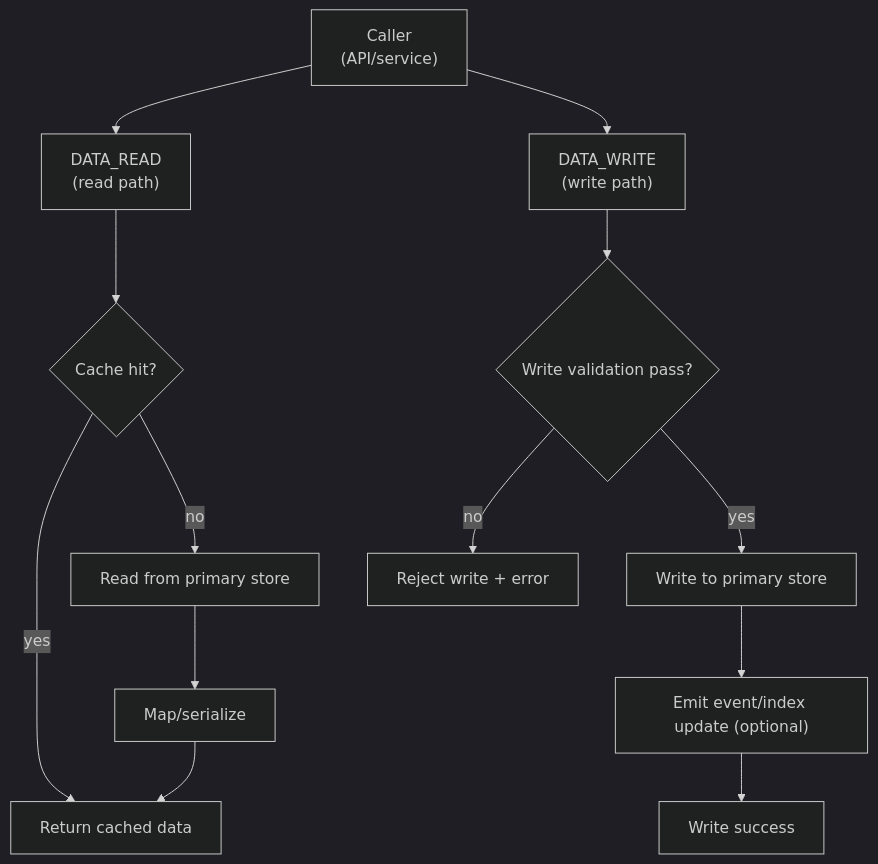
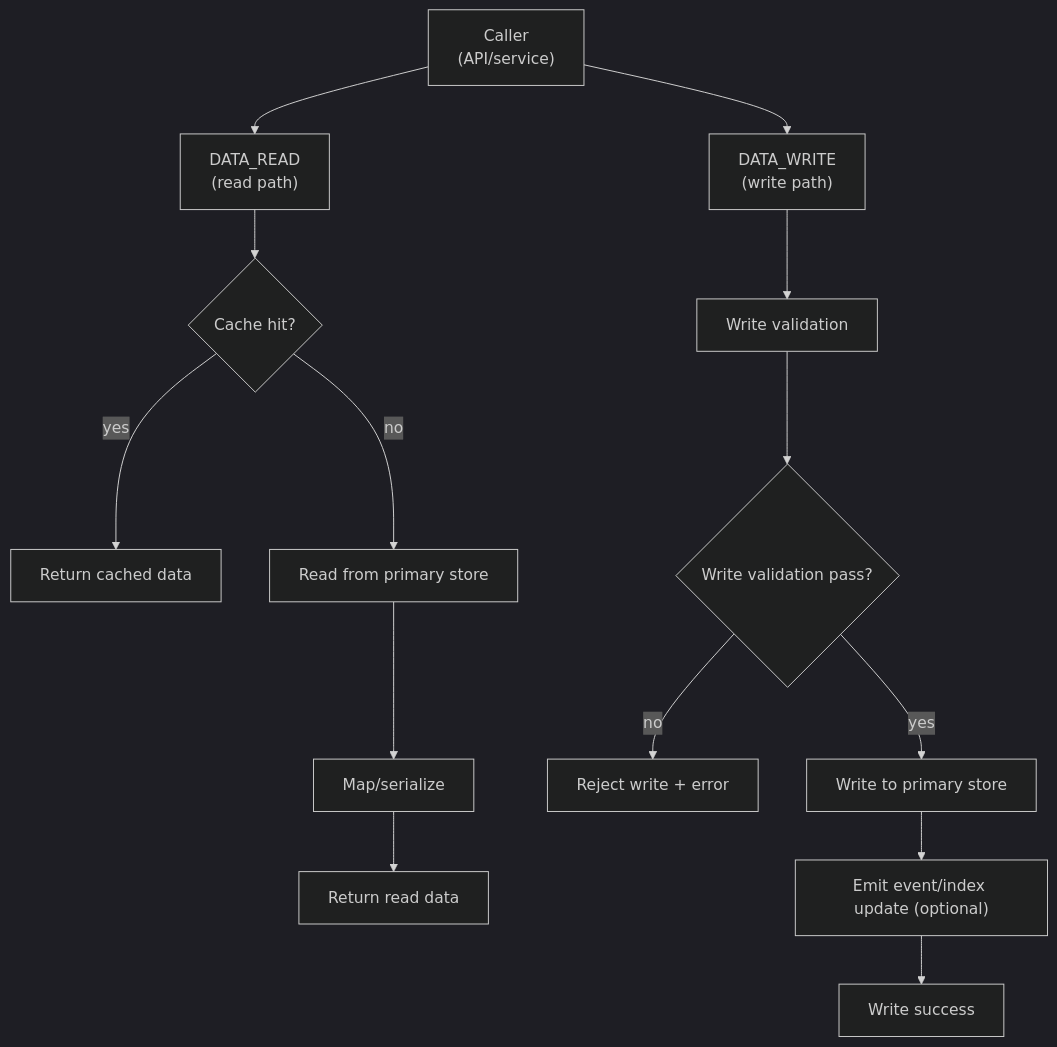
One commit to JeanphiloGong/Agents-spec changed the diagram in agent-specs/engineering/skills/project-flowchart-template-skill/assets/templates/data-flow.mmd. Above: the diagram before and after it, drawn with Mermaid (dark theme). The commit also changed 7 other files, not shown here.

First line of the commit message:
docs(project-flowchart-template-skill): enforce node naming standard

```diff
--- a/agent-specs/engineering/skills/project-flowchart-template-skill/assets/templates/data-flow.mmd
+++ b/agent-specs/engineering/skills/project-flowchart-template-skill/assets/templates/data-flow.mmd
@@ -1,18 +1,19 @@
 %% Generic data read/write flow template
 flowchart TD
-    CALLER["Caller\n(API/service)"] --> DATA_READ["DATA_READ\n(read path)"]
-    DATA_READ --> CACHE{"Cache hit?"}
-    CACHE -->|yes| RETURN_READ["Return cached data"]
-    CACHE -->|no| DB_READ["Read from primary store"]
+    entry_receive_data_request["Caller\n(API/service)"] --> repo_get_data_read["DATA_READ\n(read path)"]
+    repo_get_data_read --> branch_verify_cache_hit{"Cache hit?"}
+    branch_verify_cache_hit -->|yes| result_return_data_cached["Return cached data"]
+    branch_verify_cache_hit -->|no| store_get_data_primary["Read from primary store"]
 
-    DB_READ --> MAP_READ["Map/serialize"]
-    MAP_READ --> RETURN_READ
+    store_get_data_primary --> service_map_data_read["Map/serialize"]
+    service_map_data_read --> result_return_data_read_ok["Return read data"]
 
-    CALLER --> DATA_WRITE["DATA_WRITE\n(write path)"]
-    DATA_WRITE --> VALIDATE_WRITE{"Write validation pass?"}
-    VALIDATE_WRITE -->|no| WRITE_FAIL["Reject write + error"]
-    VALIDATE_WRITE -->|yes| DB_WRITE["Write to primary store"]
-    DB_WRITE --> EVENT["Emit event/index update (optional)"]
-    EVENT --> WRITE_OK["Write success"]
+    entry_receive_data_request --> repo_upsert_data_write["DATA_WRITE\n(write path)"]
+    repo_upsert_data_write --> gate_verify_data_write["Write validation"]
+    gate_verify_data_write --> branch_verify_write_valid{"Write validation pass?"}
+    branch_verify_write_valid -->|no| result_return_data_write_rejected["Reject write + error"]
+    branch_verify_write_valid -->|yes| store_upsert_data_primary["Write to primary store"]
+    store_upsert_data_primary --> event_emit_data_index_update["Emit event/index update (optional)"]
+    event_emit_data_index_update --> result_return_data_write_ok["Write success"]
 
     %% TODO(verify): bind read/write nodes to real repositories/tables
```
